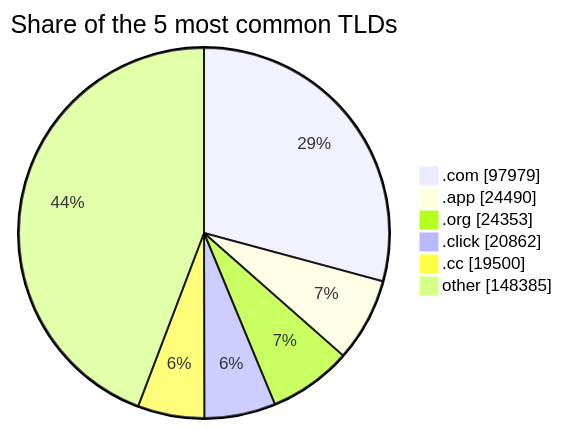
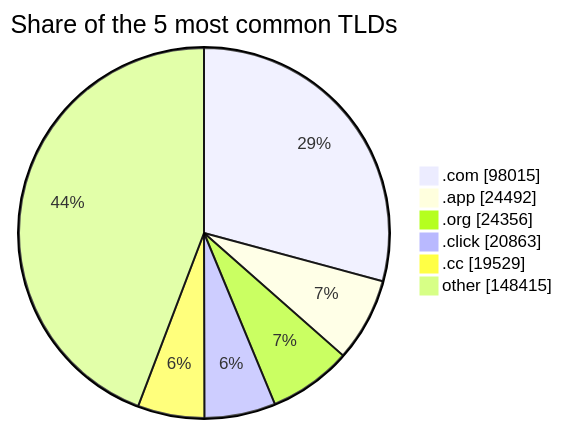
The third of 3 diagrams in README.md (DNSBunker/CTI), drawn with Mermaid before and after one commit. The commit also changed other lines of this file and 4 other files, not shown here.

````diff
--- a/README.md
+++ b/README.md
@@ -81,9 +81,9 @@
 ```mermaid
 pie showData title Share of the 5 most common TLDs
-    ".com" : 97979
-    ".app" : 24490
-    ".org" : 24353
-    ".click" : 20862
-    ".cc" : 19500
-    "other" : 148385
+    ".com" : 98015
+    ".app" : 24492
+    ".org" : 24356
+    ".click" : 20863
+    ".cc" : 19529
+    "other" : 148415
 ```
````
